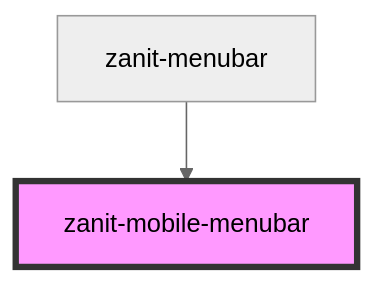
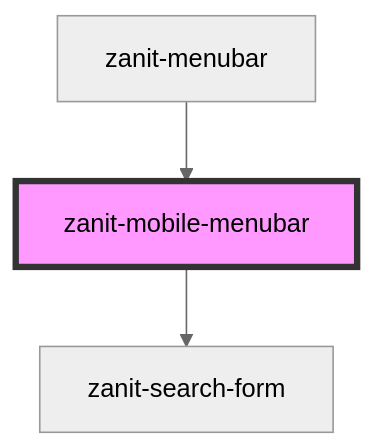
The diagram in src/components/menubar/mobile-menubar/readme.md (ZanichelliEditore/zanichelli-it-frontend-kit), drawn with Mermaid (neutral theme) before and after one commit. The commit also changed other lines of this file and 15 other files, not shown here.

Commit message:
refactor: search form component; add eslint

````diff
--- a/src/components/menubar/mobile-menubar/readme.md
+++ b/src/components/menubar/mobile-menubar/readme.md
@@ -36,5 +33,6 @@
 ```mermaid
 graph TD;
+  zanit-mobile-menubar --> zanit-search-form
   zanit-menubar --> zanit-mobile-menubar
   style zanit-mobile-menubar fill:#f9f,stroke:#333,stroke-width:4px
 ```
````
